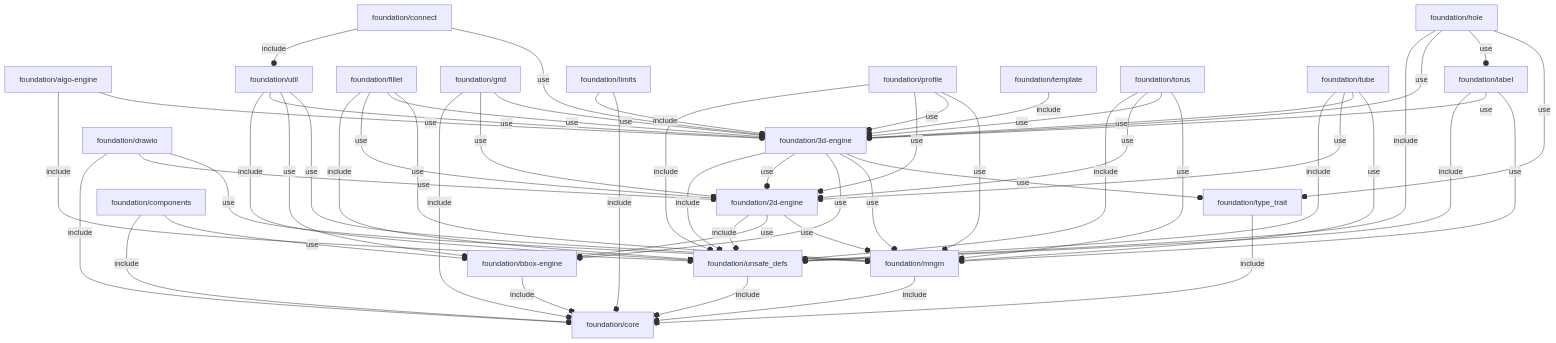
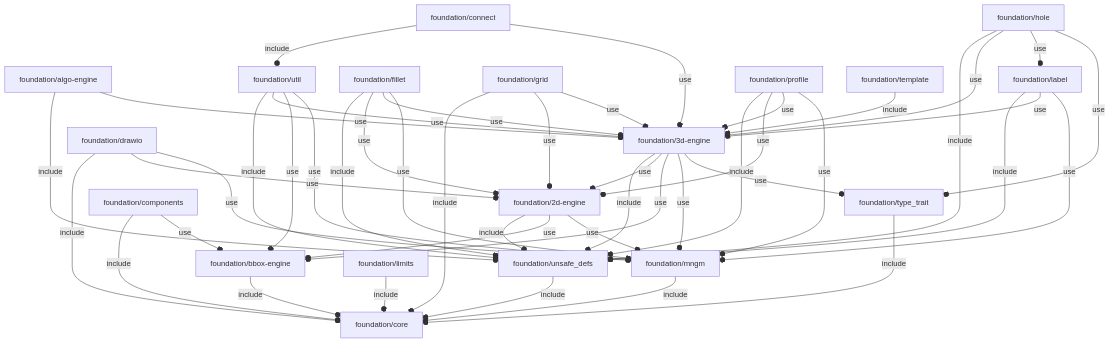
The diagram in orthodocs/foundation/deps.md (ggabbiani/OFL), drawn with Mermaid before and after one commit. The commit also changed 34 other files, not shown here.

Commit message:
tube.scad and torus.scad merged into foundation/3d-engine.scad

````diff
--- a/orthodocs/foundation/deps.md
+++ b/orthodocs/foundation/deps.md
@@ -3,58 +3,49 @@
 ```mermaid
 graph TD
     A1[foundation/2d-engine] --o|include| A2[foundation/unsafe_defs]
     A1 --o|use| A3[foundation/bbox-engine]
     A1 --o|use| A4[foundation/mngm]
     A5[foundation/3d-engine] --o|include| A2
     A5 --o|use| A1
     A5 --o|use| A3
     A5 --o|use| A4
     A5 --o|use| A6[foundation/type_trait]
     A7[foundation/algo-engine] --o|include| A2
     A7 --o|use| A5
     A3 --o|include| A8[foundation/core]
     A9[foundation/components] --o|include| A8
     A9 --o|use| A3
     A10[foundation/connect] --o|include| A11[foundation/util]
     A10 --o|use| A5
     A8
     A12[foundation/drawio] --o|include| A8
     A12 --o|use| A1
     A12 --o|use| A4
     A13[foundation/fillet] --o|include| A2
     A13 --o|use| A1
     A13 --o|use| A5
     A13 --o|use| A4
     A14[foundation/grid] --o|include| A8
     A14 --o|use| A1
     A14 --o|use| A5
     A15[foundation/hole] --o|include| A2
     A15 --o|use| A5
     A15 --o|use| A16[foundation/label]
     A15 --o|use| A6
     A16 --o|include| A2
     A16 --o|use| A5
     A16 --o|use| A4
-    A17[foundation/limits] --o|include| A5
-    A17 --o|include| A8
+    A17[foundation/limits] --o|include| A8
     A4 --o|include| A8
     A18[foundation/profile] --o|include| A2
     A18 --o|use| A1
     A18 --o|use| A5
     A18 --o|use| A4
     A19[foundation/template] --o|include| A5
-    A20[foundation/torus] --o|include| A2
-    A20 --o|use| A1
-    A20 --o|use| A5
-    A20 --o|use| A4
-    A21[foundation/tube] --o|include| A2
-    A21 --o|use| A1
-    A21 --o|use| A5
-    A21 --o|use| A4
     A6 --o|include| A8
     A2 --o|include| A8
     A11 --o|include| A2
     A11 --o|use| A5
     A11 --o|use| A3
     A11 --o|use| A4
 ```
````
